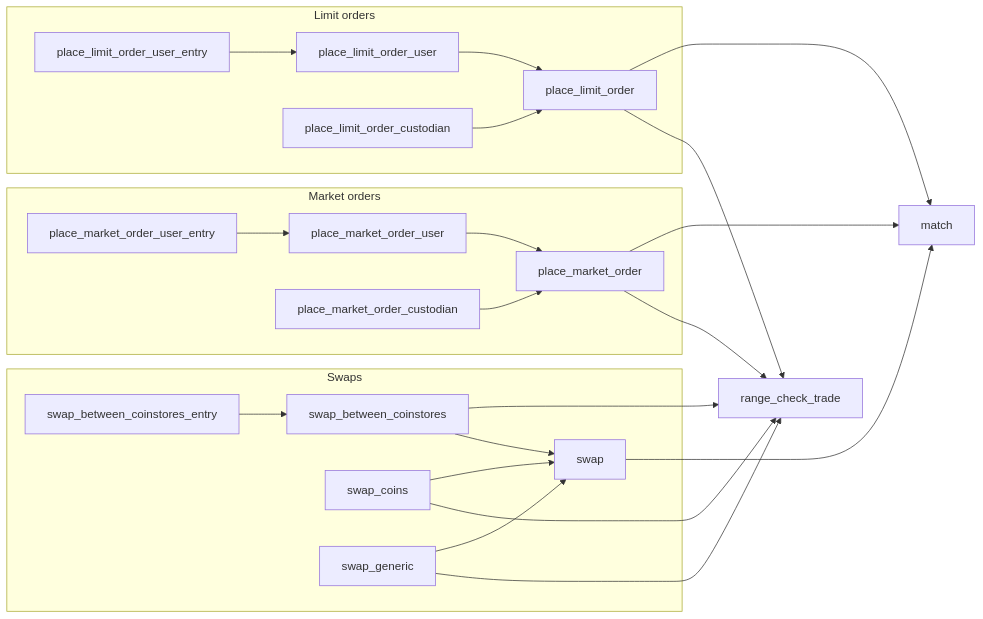
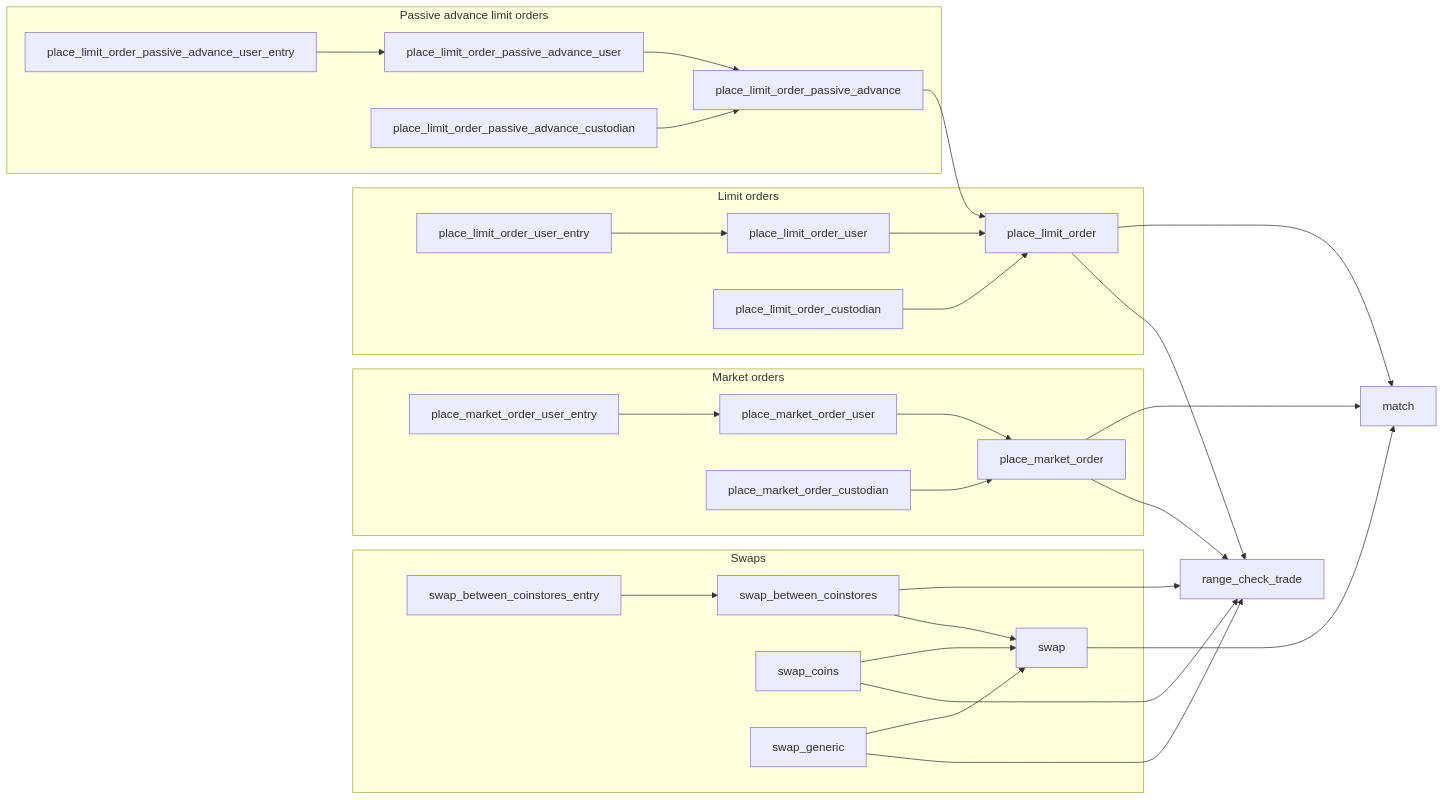
The second of 8 diagrams in src/move/econia/doc/market.md (econia-labs/econia), drawn with Mermaid before and after one commit. The commit also changed other lines of this file and 1 other file, not shown here.

````diff
--- a/src/move/econia/doc/market.md
+++ b/src/move/econia/doc/market.md
@@ -223,53 +235,68 @@
 ```mermaid
 
 flowchart LR
-
-subgraph Limit orders
-
-place_limit_order_user_entry --> place_limit_order_user
-
-place_limit_order_user --> place_limit_order
-
-place_limit_order_custodian --> place_limit_order
-
-end
 
 place_limit_order ---> match
 
 place_limit_order --> range_check_trade
 
-subgraph Market orders
-
-place_market_order_user_entry --> place_market_order_user
-
-place_market_order_user --> place_market_order
-
-place_market_order_custodian --> place_market_order
-
-end
-
 place_market_order ---> match
 
 place_market_order --> range_check_trade
+
+swap ---> match
 
 swap_between_coinstores ---> range_check_trade
 
 subgraph Swaps
 
 swap_between_coinstores_entry --> swap_between_coinstores
 
 swap_between_coinstores --> swap
 
 swap_coins --> swap
 
 swap_generic --> swap
 
 end
 
-swap_generic --> range_check_trade
-
 swap_coins ---> range_check_trade
 
-swap ---> match
+swap_generic ---> range_check_trade
+
+place_limit_order_passive_advance --> place_limit_order
+
+subgraph Market orders
+
+place_market_order_user_entry --> place_market_order_user
+
+place_market_order_user --> place_market_order
+
+place_market_order_custodian --> place_market_order
+
+end
+
+subgraph Limit orders
+
+place_limit_order_user_entry --> place_limit_order_user
+
+place_limit_order_user --> place_limit_order
+
+place_limit_order_custodian --> place_limit_order
+
+end
+
+subgraph Passive advance limit orders
+
+place_limit_order_passive_advance_user_entry -->
+place_limit_order_passive_advance_user
+
+place_limit_order_passive_advance_user -->
+place_limit_order_passive_advance
+
+place_limit_order_passive_advance_custodian -->
+place_limit_order_passive_advance
+
+end
 
 ```
````
